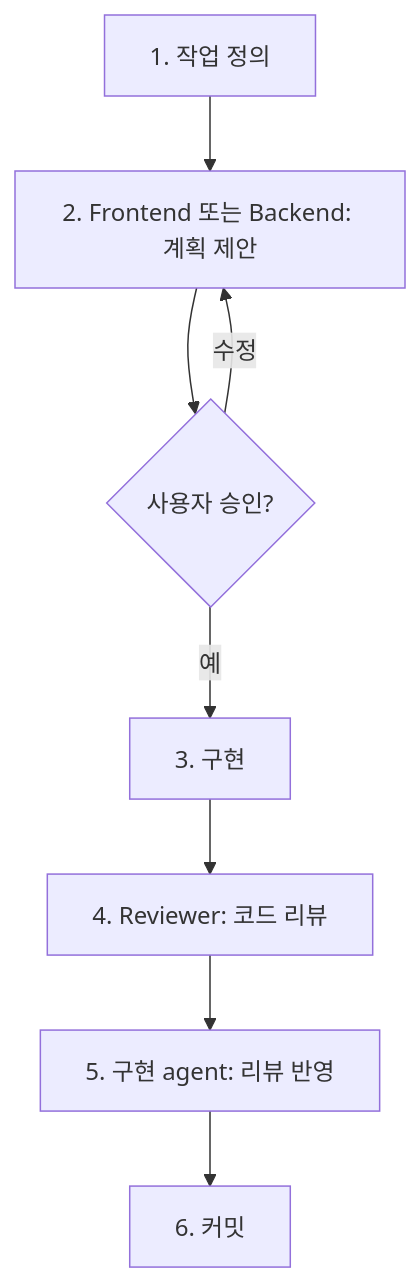
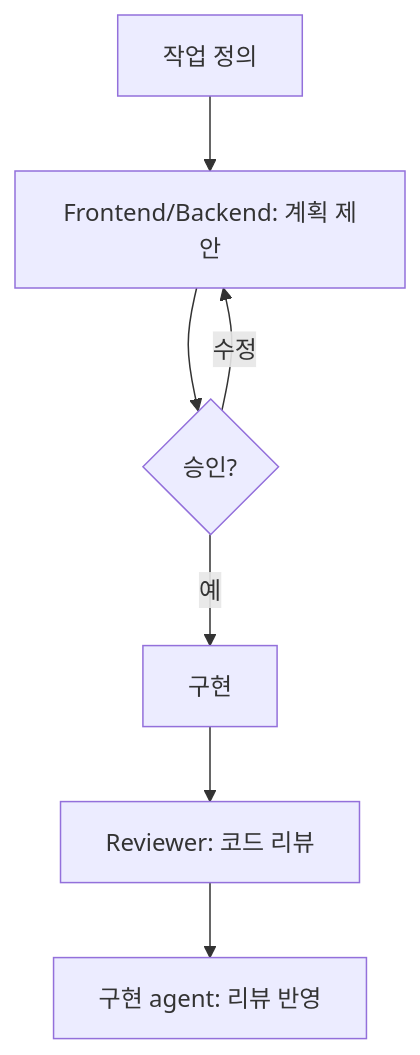
Before and after one commit to hjnMavis/typolog: the second of 3 diagrams in docs/agent-view-workflow.md, drawn with Mermaid. The commit also changed other lines of this file and 3 other files, not shown here.

````diff
--- a/docs/agent-view-workflow.md
+++ b/docs/agent-view-workflow.md
@@ -82,10 +104,9 @@
 ```mermaid
 graph TD
-    A["1. 작업 정의"] --> B["2. Frontend 또는 Backend: 계획 제안"]
-    B --> C{"사용자 승인?"}
-    C -->|"예"| D["3. 구현"]
+    A["작업 정의"] --> B["Frontend/Backend: 계획 제안"]
+    B --> C{"승인?"}
+    C -->|"예"| D["구현"]
     C -->|"수정"| B
-    D --> E["4. Reviewer: 코드 리뷰"]
-    E --> F["5. 구현 agent: 리뷰 반영"]
-    F --> G["6. 커밋"]
+    D --> E["Reviewer: 코드 리뷰"]
+    E --> F["구현 agent: 리뷰 반영"]
 ```
````
